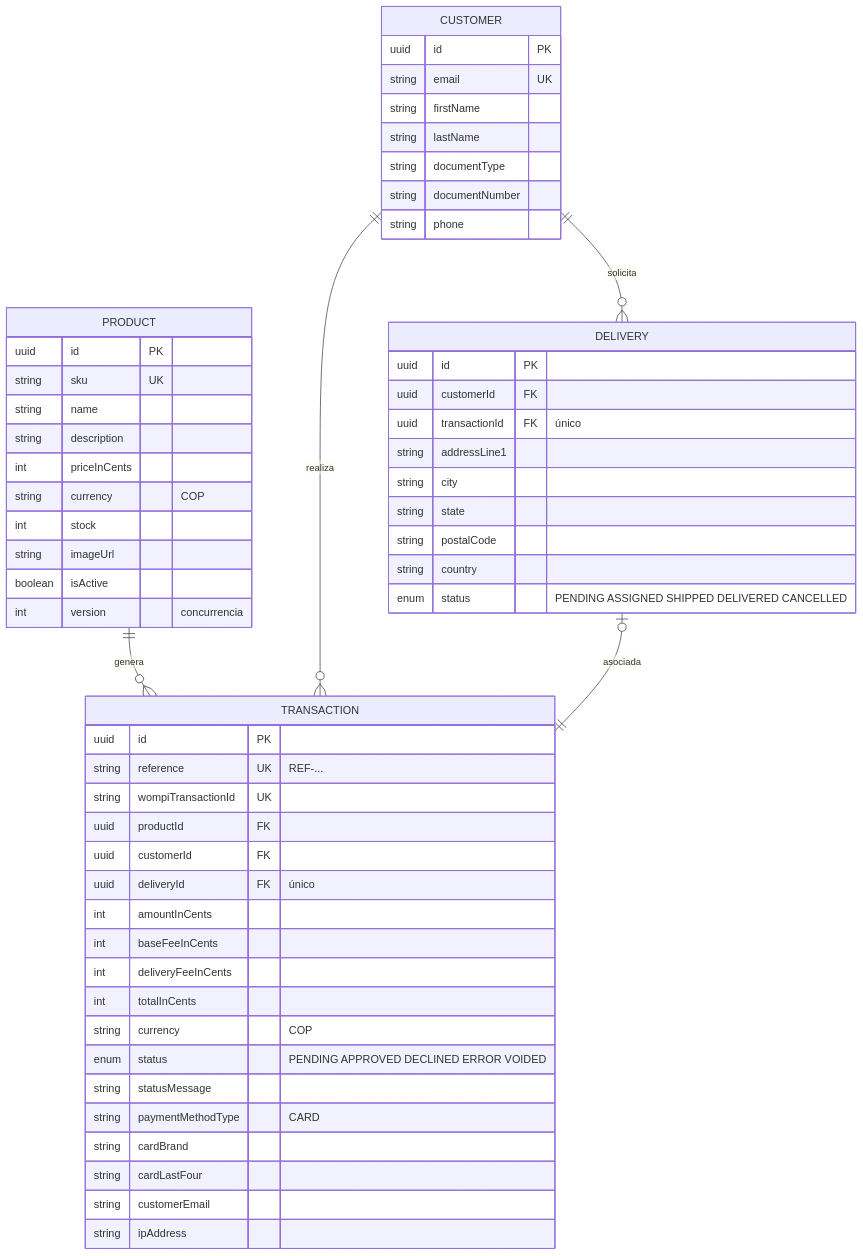
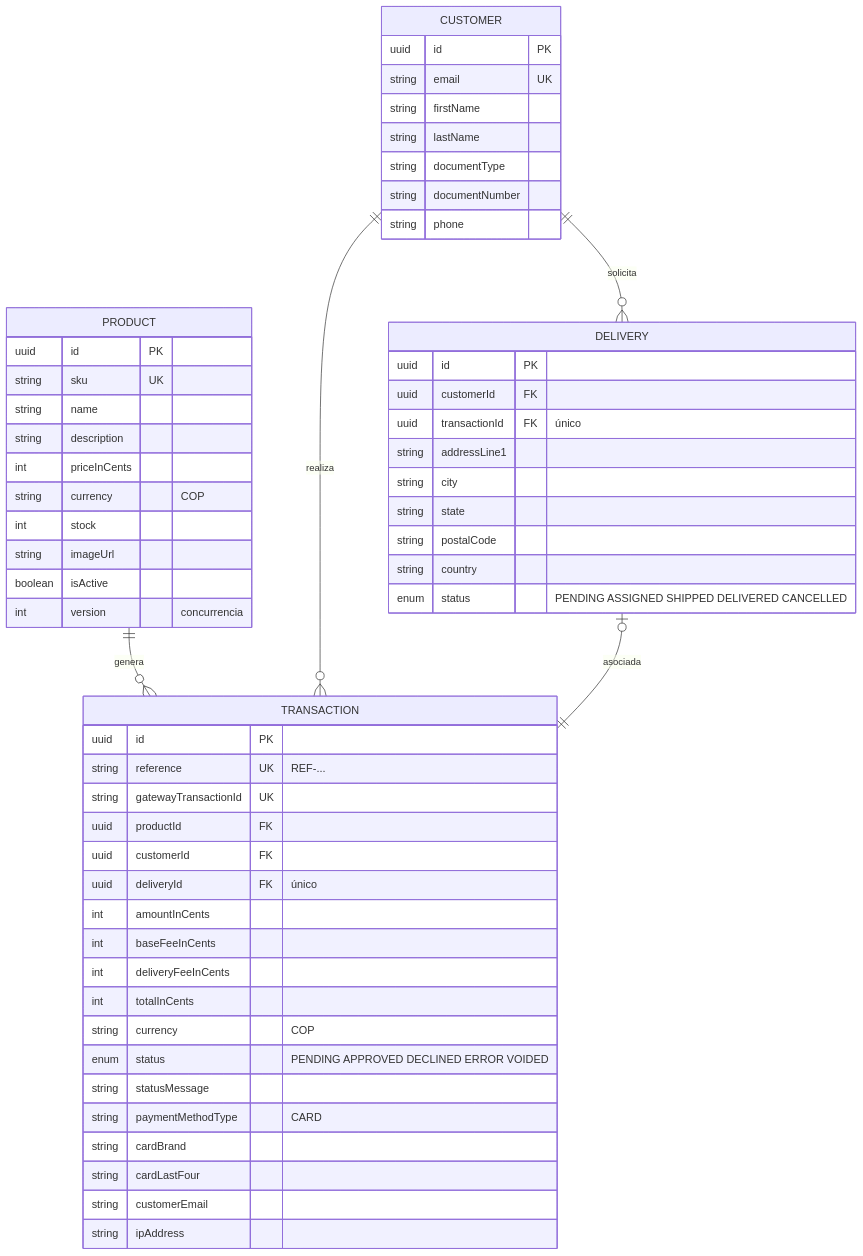
The diagram in README.md (jzamora03/checkout-payment-app), drawn with Mermaid before and after one commit. The commit also changed other lines of this file and 28 other files, not shown here.

````diff
--- a/README.md
+++ b/README.md
@@ -84,60 +84,60 @@
 ```mermaid
 erDiagram
     PRODUCT ||--o{ TRANSACTION : genera
     CUSTOMER ||--o{ TRANSACTION : realiza
     CUSTOMER ||--o{ DELIVERY : solicita
     DELIVERY |o--|| TRANSACTION : asociada
 
     PRODUCT {
         uuid id PK
         string sku UK
         string name
         string description
         int priceInCents
         string currency "COP"
         int stock
         string imageUrl
         boolean isActive
         int version "concurrencia"
     }
     CUSTOMER {
         uuid id PK
         string email UK
         string firstName
         string lastName
         string documentType
         string documentNumber
         string phone
     }
     DELIVERY {
         uuid id PK
         uuid customerId FK
         uuid transactionId FK "único"
         string addressLine1
         string city
         string state
         string postalCode
         string country
         enum status "PENDING ASSIGNED SHIPPED DELIVERED CANCELLED"
     }
     TRANSACTION {
         uuid id PK
         string reference UK "REF-..."
-        string wompiTransactionId UK
+        string gatewayTransactionId UK
         uuid productId FK
         uuid customerId FK
         uuid deliveryId FK "único"
         int amountInCents
         int baseFeeInCents
         int deliveryFeeInCents
         int totalInCents
         string currency "COP"
         enum status "PENDING APPROVED DECLINED ERROR VOIDED"
         string statusMessage
         string paymentMethodType "CARD"
         string cardBrand
         string cardLastFour
         string customerEmail
         string ipAddress
     }
 ```
````
